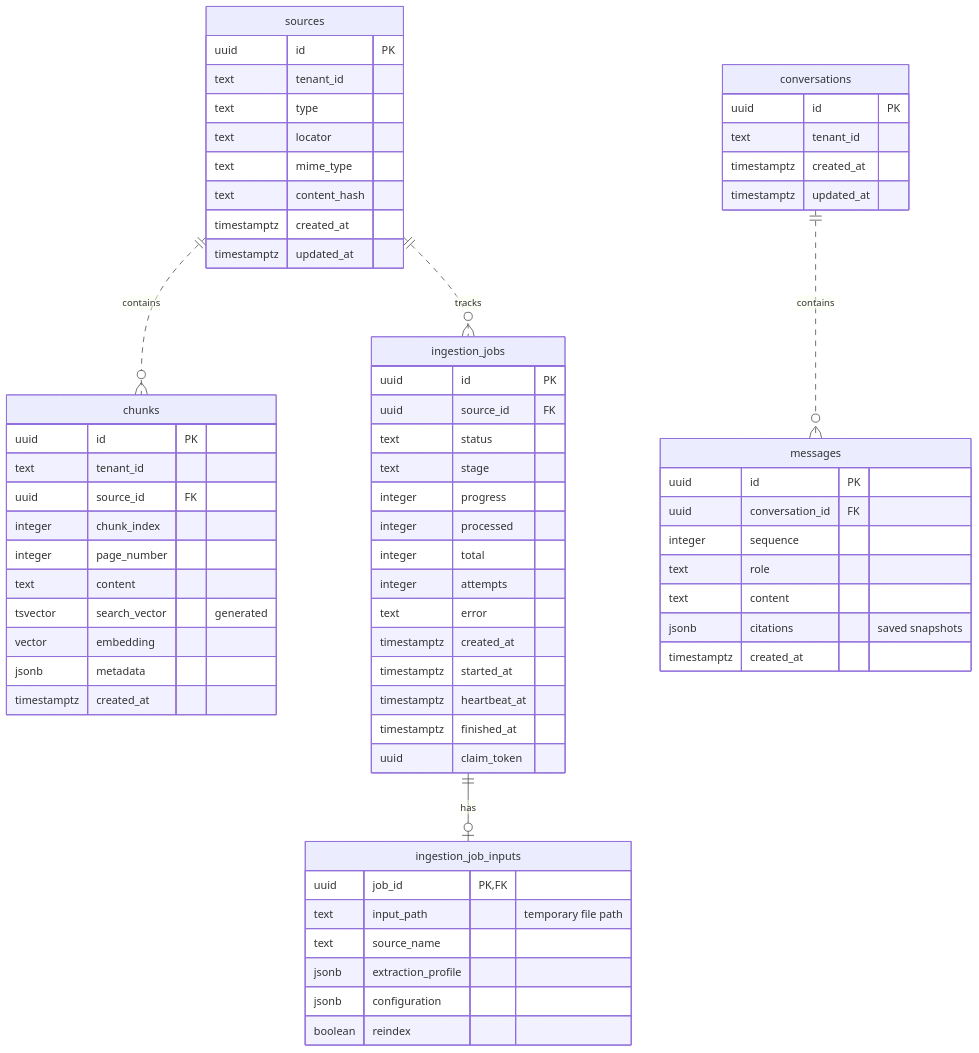
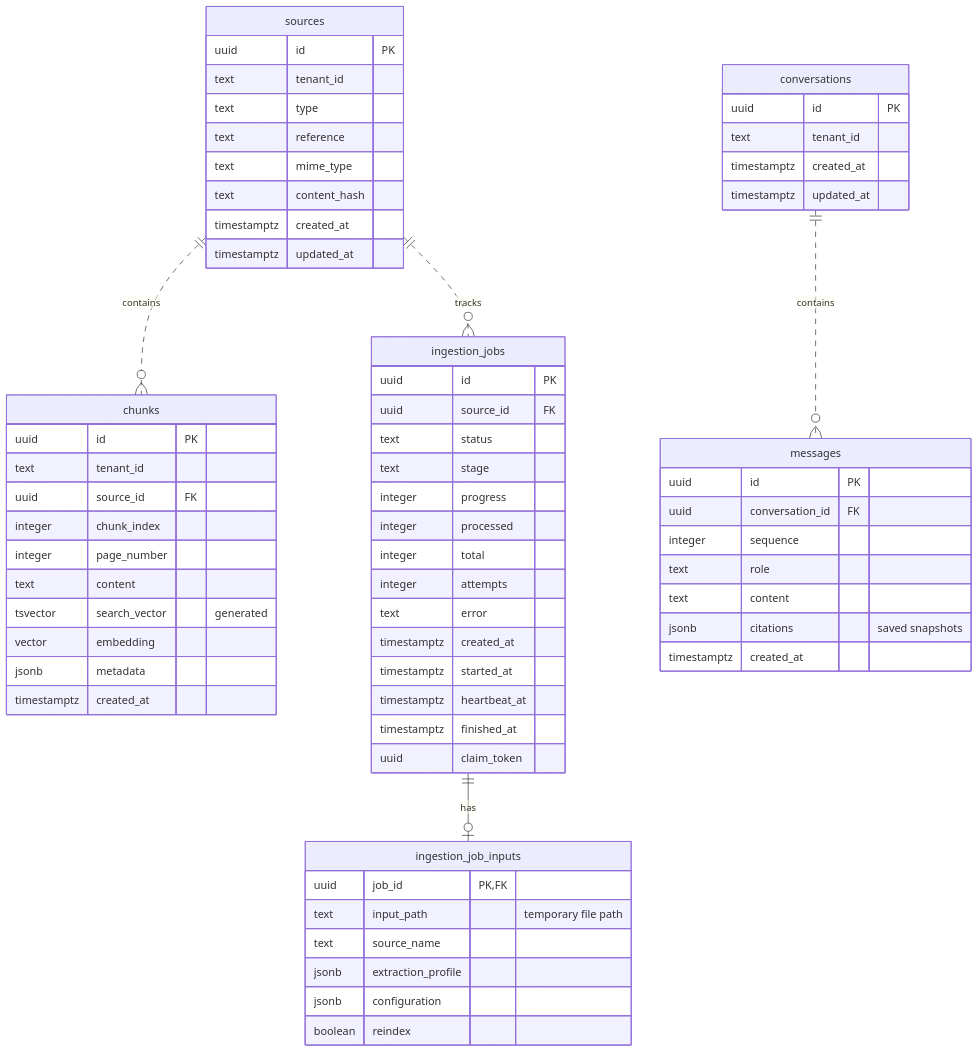
The second of 3 diagrams in docs/explanation/architecture.md (richard-costa/rag-mtst), drawn with Mermaid before and after one commit. The commit also changed other lines of this file and 24 other files, not shown here.

Commit message:
refactor: rename source locator metadata to reference

````diff
--- a/docs/explanation/architecture.md
+++ b/docs/explanation/architecture.md
@@ -56,75 +56,75 @@
 ```mermaid
 ---
 config:
     er:
         useMaxWidth: true
 ---
 erDiagram
     direction TB
     sources ||..o{ chunks : contains
     sources ||..o{ ingestion_jobs : tracks
     ingestion_jobs ||--o| ingestion_job_inputs : has
     conversations ||..o{ messages : contains
 
     sources {
         uuid id PK
         text tenant_id
         text type
-        text locator
+        text reference
         text mime_type
         text content_hash
         timestamptz created_at
         timestamptz updated_at
     }
     chunks {
         uuid id PK
         text tenant_id
         uuid source_id FK
         integer chunk_index
         integer page_number
         text content
         tsvector search_vector "generated"
         vector embedding
         jsonb metadata
         timestamptz created_at
     }
     ingestion_jobs {
         uuid id PK
         uuid source_id FK
         text status
         text stage
         integer progress
         integer processed
         integer total
         integer attempts
         text error
         timestamptz created_at
         timestamptz started_at
         timestamptz heartbeat_at
         timestamptz finished_at
         uuid claim_token
     }
     ingestion_job_inputs {
         uuid job_id PK, FK
         text input_path "temporary file path"
         text source_name
         jsonb extraction_profile
         jsonb configuration
         boolean reindex
     }
     conversations {
         uuid id PK
         text tenant_id
         timestamptz created_at
         timestamptz updated_at
     }
     messages {
         uuid id PK
         uuid conversation_id FK
         integer sequence
         text role
         text content
         jsonb citations "saved snapshots"
         timestamptz created_at
     }
 ```
````
